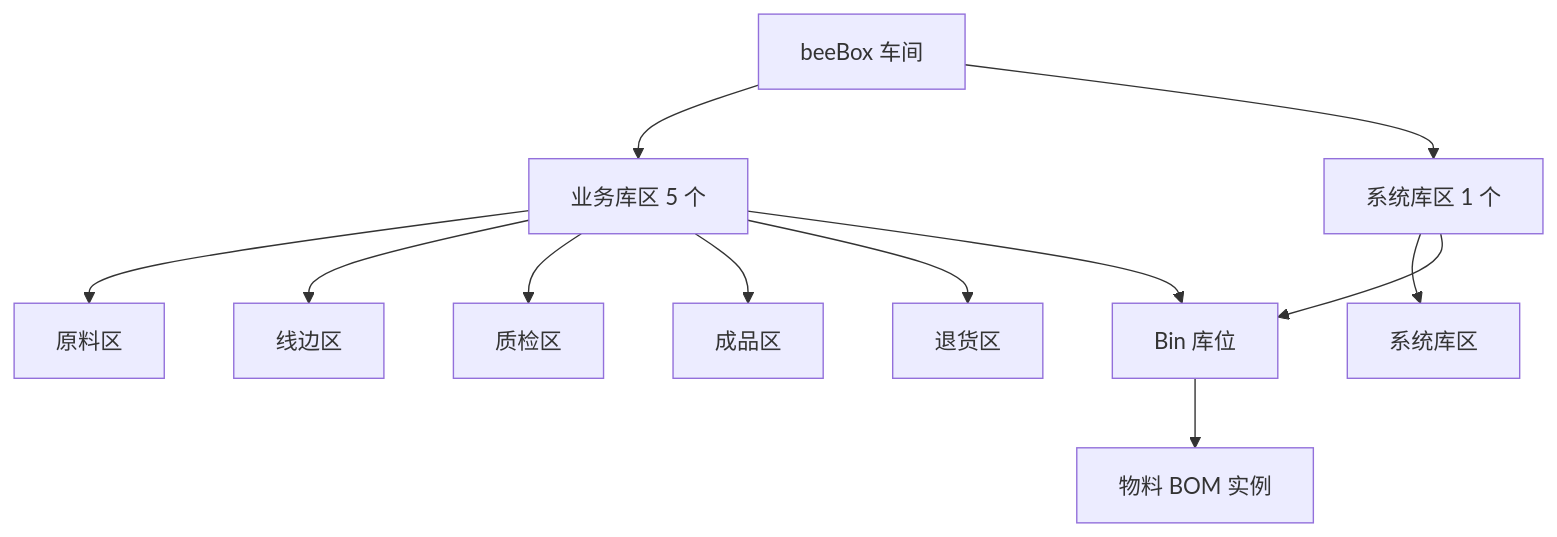
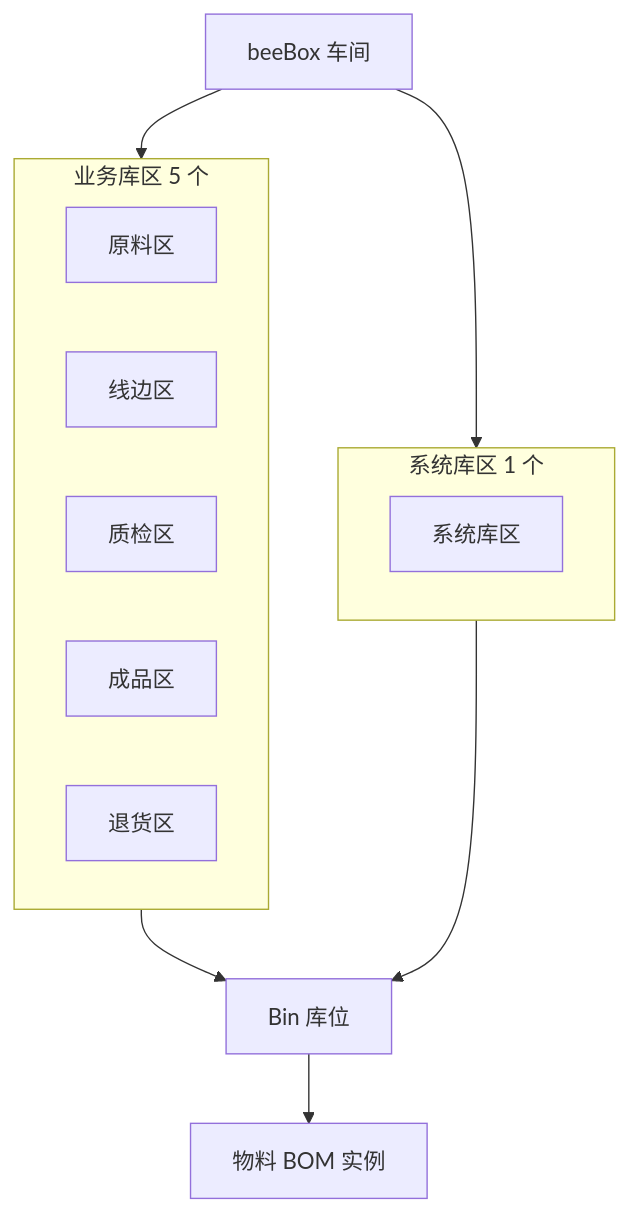
The third of 4 diagrams in docs/architecture/kernel-design.md (chehuizi/beeOS), drawn with Mermaid before and after one commit. The commit also changed other lines of this file, not shown here.

Commit message:
docs: §1 / §4 恢复 subgraph 分组显示——业务库区 5 个圈一起, 系统库区 1 个圈一起
之前 1721d20 用的就是 subgraph 分组（视觉清爽），commit a4fe97f 之后担心 GitHub
渲染兼容问题去掉了。我重写时（7a1e070）也继续去 subgraph。现在恢复 subgraph，
但用最稳语法：subgraph ID 全英文 (biz / sys)，label 不用中文括号/逗号
（'业务库区 5 个 物料流转' 这种纯文本）。

````diff
--- a/docs/architecture/kernel-design.md
+++ b/docs/architecture/kernel-design.md
@@ -166,26 +164,24 @@
 ```mermaid
 flowchart TB
   beeBox["beeBox 车间"]
   bins["Bin 库位"]
   materials["物料 BOM 实例"]
-  bizZones["业务库区 5 个"]
-  sysZones["系统库区 1 个"]
-  raw["原料区"]
-  line["线边区"]
-  qc["质检区"]
-  finished["成品区"]
-  ret["退货区"]
-  system["系统库区"]
 
-  beeBox --> bizZones
-  beeBox --> sysZones
-  bizZones --> raw
-  bizZones --> line
-  bizZones --> qc
-  bizZones --> finished
-  bizZones --> ret
-  sysZones --> system
-  bizZones --> bins
-  sysZones --> bins
+  subgraph biz["业务库区 5 个"]
+    raw["原料区"]
+    line["线边区"]
+    qc["质检区"]
+    finished["成品区"]
+    ret["退货区"]
+  end
+
+  subgraph sys["系统库区 1 个"]
+    system["系统库区"]
+  end
+
+  beeBox --> biz
+  beeBox --> sys
+  biz --> bins
+  sys --> bins
   bins --> materials
 ```
````
